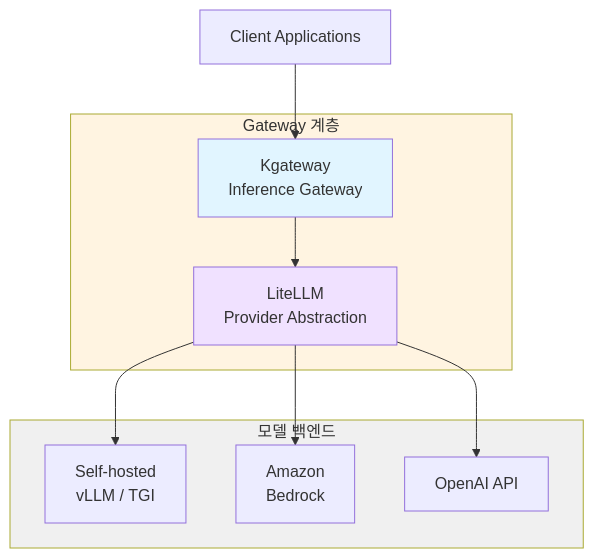
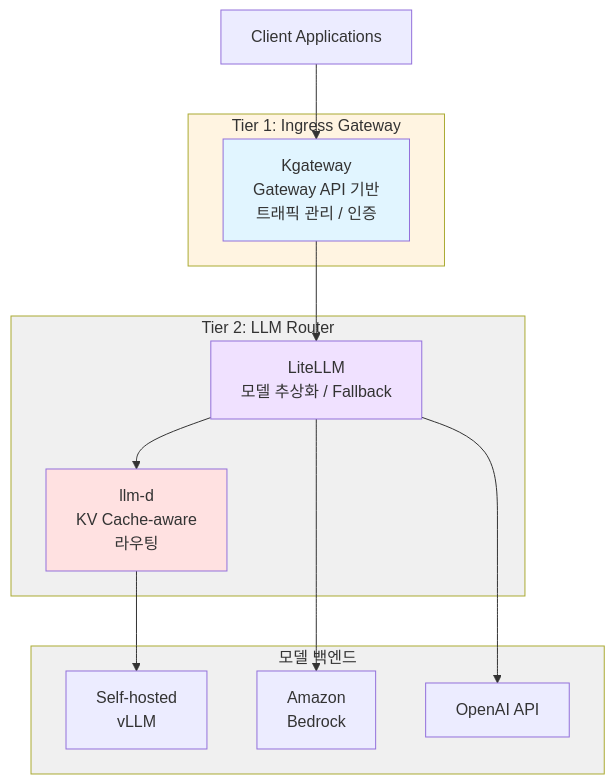
Before and after one commit to devfloor9/engineering-playbook: the sixth of 16 diagrams in docs/agentic-ai-platform/design-architecture/agentic-ai-challenges.md, drawn with Mermaid. The commit also changed other lines of this file and 21 other files, not shown here.

````diff
--- a/docs/agentic-ai-platform/design-architecture/agentic-ai-challenges.md
+++ b/docs/agentic-ai-platform/design-architecture/agentic-ai-challenges.md
@@ -258,26 +286,33 @@
 ```mermaid
 flowchart TD
     CLIENT["Client Applications"]
 
-    subgraph Gateway["Gateway 계층"]
-        KGW["Kgateway<br/>Inference Gateway"]
-        LITE["LiteLLM<br/>Provider Abstraction"]
+    subgraph Tier1["Tier 1: Ingress Gateway"]
+        KGW["Kgateway<br/>Gateway API 기반<br/>트래픽 관리 / 인증"]
+    end
+
+    subgraph Tier2["Tier 2: LLM Router"]
+        LITE["LiteLLM<br/>모델 추상화 / Fallback"]
+        LLMD["llm-d<br/>KV Cache-aware<br/>라우팅"]
     end
 
     subgraph Backends["모델 백엔드"]
-        SELF["Self-hosted<br/>vLLM / TGI"]
+        SELF["Self-hosted<br/>vLLM"]
         BEDROCK["Amazon<br/>Bedrock"]
         OPENAI["OpenAI API"]
     end
 
     CLIENT --> KGW
     KGW --> LITE
-    LITE --> SELF
+    LITE --> LLMD
+    LLMD --> SELF
     LITE --> BEDROCK
     LITE --> OPENAI
 
     style KGW fill:#e1f5ff
     style LITE fill:#f0e1ff
-    style Gateway fill:#fff4e1
+    style LLMD fill:#ffe1e1
+    style Tier1 fill:#fff4e1
+    style Tier2 fill:#f0f0f0
     style Backends fill:#f0f0f0
 ```
````
